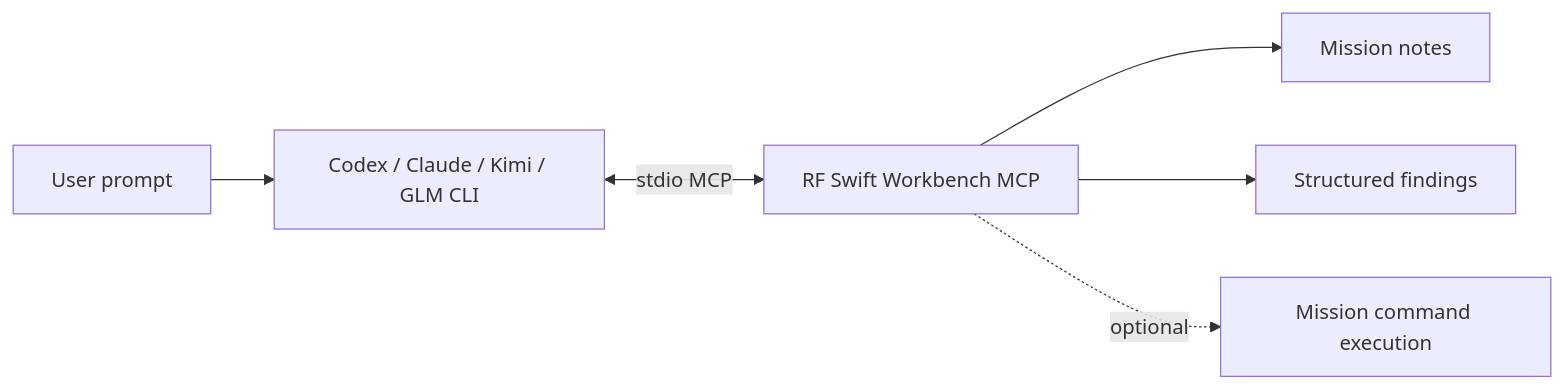
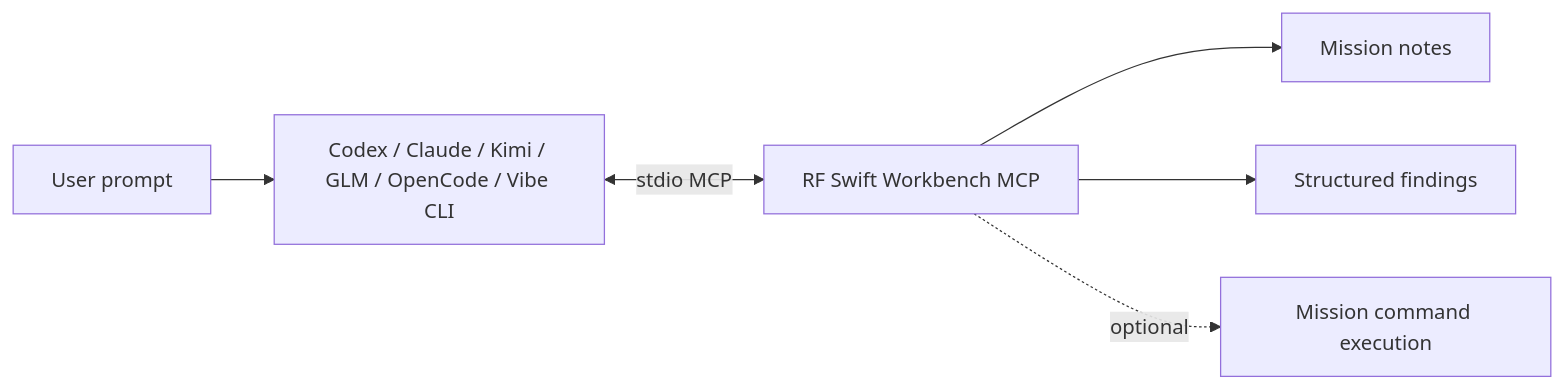
Before and after one commit to PentHertz/RF-Swift: the diagram in docs/ai-assistant.md, drawn with Mermaid. The commit also changed other lines of this file and 17 other files, not shown here.

````diff
--- a/docs/ai-assistant.md
+++ b/docs/ai-assistant.md
@@ -8,8 +9,8 @@
 ```mermaid
 flowchart LR
-    U[User prompt] --> C[Codex / Claude / Kimi / GLM CLI]
+    U[User prompt] --> C[Codex / Claude / Kimi / GLM / OpenCode / Vibe CLI]
     C <-->|stdio MCP| M[RF Swift Workbench MCP]
     M --> N[Mission notes]
     M --> F[Structured findings]
     M -. optional .-> T[Mission command execution]
 ```
````
